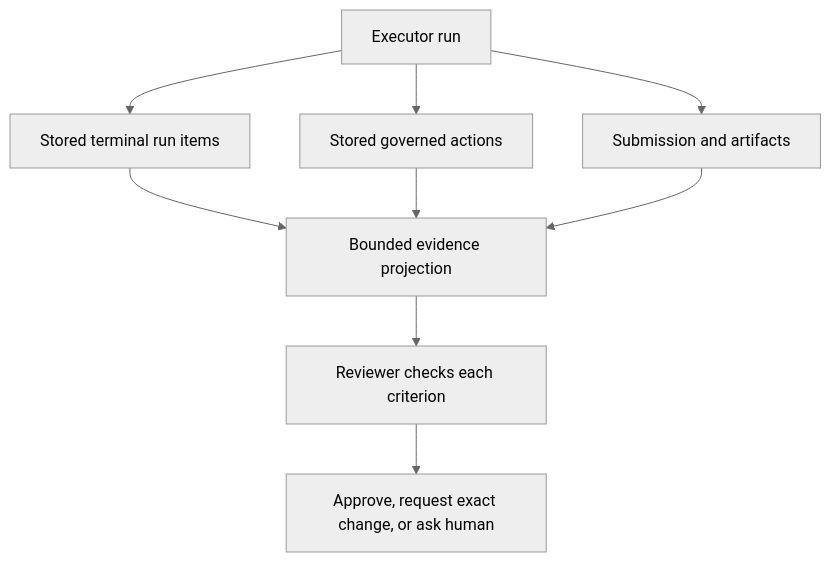
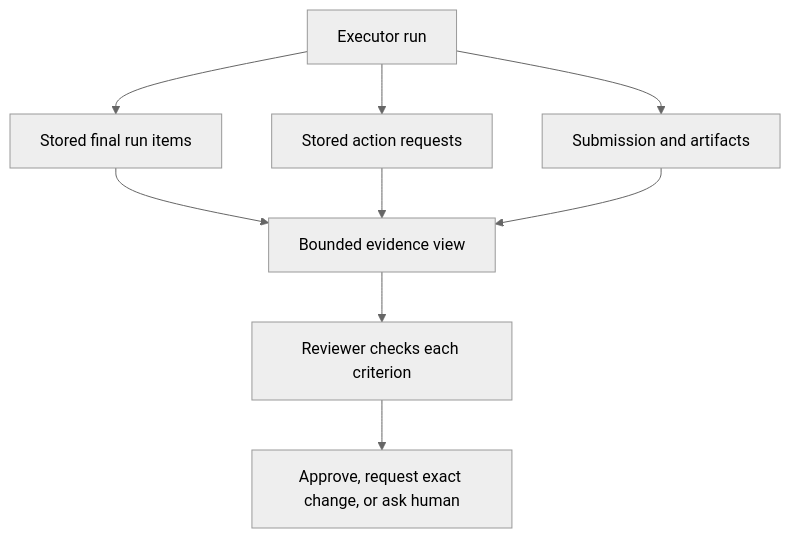
One commit to kpsuperplane/Noema changed diagram 18 of 29 in docs/superpowers/plans/2026-08-08-noema-practical-reliability-roadmap.md. Above: the diagram before and after it, drawn with Mermaid (neutral theme). The commit also changed other lines of this file, not shown here.

Commit message:
docs: make plain code the first roadmap phase

````diff
--- a/docs/superpowers/plans/2026-08-08-noema-practical-reliability-roadmap.md
+++ b/docs/superpowers/plans/2026-08-08-noema-practical-reliability-roadmap.md
@@ -667,15 +1085,15 @@
 ```mermaid
 flowchart TD
     A["Executor run"]
-    B["Stored terminal run items"]
-    C["Stored governed actions"]
+    B["Stored final run items"]
+    C["Stored action requests"]
     D["Submission and artifacts"]
-    E["Bounded evidence projection"]
+    E["Bounded evidence view"]
     F["Reviewer checks each criterion"]
     G["Approve, request exact change, or ask human"]
 
     A --> B --> E
     A --> C --> E
     A --> D --> E
     E --> F --> G
 ```
````
